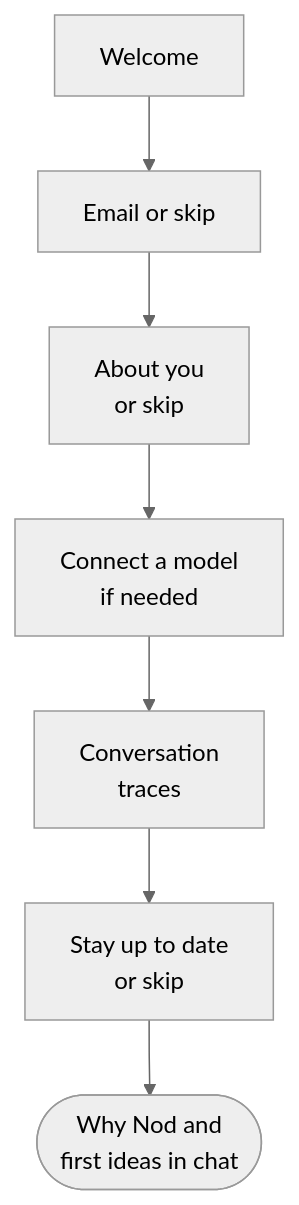
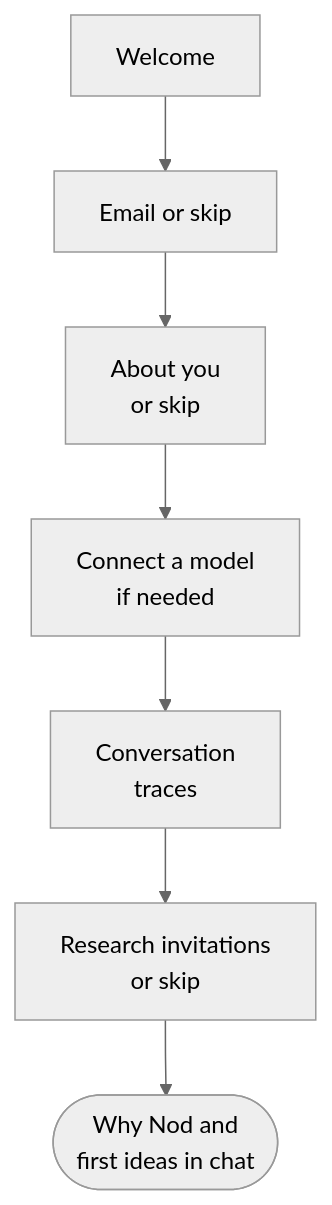
One commit to n8n-io/nod changed the diagram in docs/src/content/docs/get-started/first-conversation.mdx. Above: the diagram before and after it, drawn with Mermaid (neutral theme). The commit also changed other lines of this file and 35 other files, not shown here.

````diff
--- a/docs/src/content/docs/get-started/first-conversation.mdx
+++ b/docs/src/content/docs/get-started/first-conversation.mdx
@@ -18,9 +18,9 @@
 ```mermaid
 flowchart TD
   start[Welcome] --> email[Email or skip]:::muted
   email --> about[About you<br/>or skip]:::muted
   about --> model[Connect a model<br/>if needed]:::accent
   model --> privacy[Conversation<br/>traces]:::muted
-  privacy --> join[Stay up to date<br/>or skip]:::muted
+  privacy --> join[Research invitations<br/>or skip]:::muted
   join --> chat([Why Nod and<br/>first ideas in chat]):::go
 ```
````
